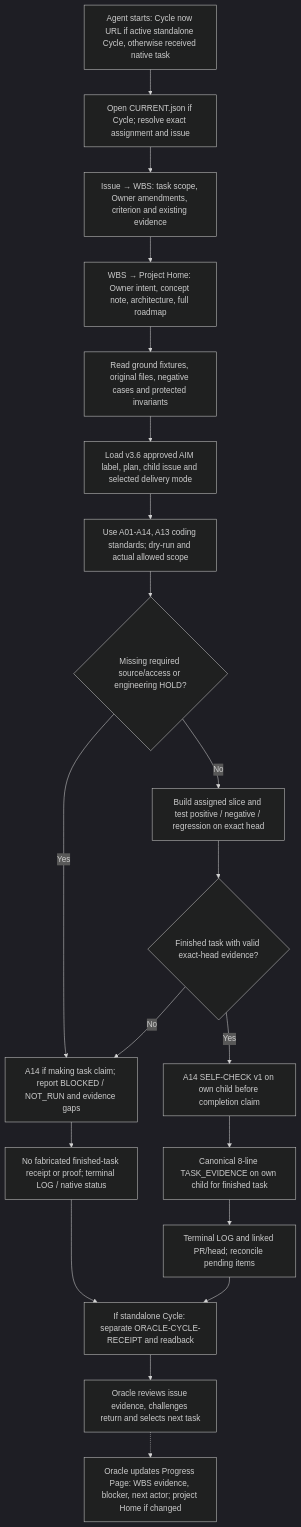
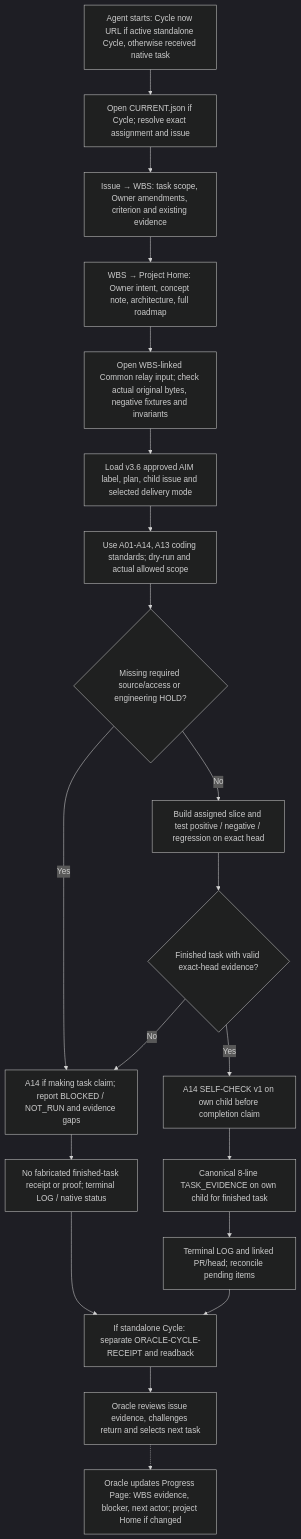
The third of 5 diagrams in skills/agent-work/ENTRY_PROCESS_MAPS.md (reallakshman19/Common), drawn with Mermaid (dark theme) before and after one commit. The commit also changed other lines of this file, not shown here.

Commit message:
docs(agent-work): navigation and Common relay-first Oracle-agent fixture custody in ENTRY_PROCESS_MAPS.md

````diff
--- a/skills/agent-work/ENTRY_PROCESS_MAPS.md
+++ b/skills/agent-work/ENTRY_PROCESS_MAPS.md
@@ -74,23 +90,23 @@
 ```mermaid
 flowchart TD
   C0["Agent starts: Cycle now URL if active standalone Cycle, otherwise received native task"]
   C0 --> C1["Open CURRENT.json if Cycle; resolve exact assignment and issue"]
   C1 --> C2["Issue → WBS: task scope, Owner amendments, criterion and existing evidence"]
   C2 --> C3["WBS → Project Home: Owner intent, concept note, architecture, full roadmap"]
-  C3 --> C4["Read ground fixtures, original files, negative cases and protected invariants"]
+  C3 --> C4["Open WBS-linked Common relay input; check actual original bytes, negative fixtures and invariants"]
   C4 --> C5["Load v3.6 approved AIM label, plan, child issue and selected delivery mode"]
   C5 --> C6["Use A01-A14, A13 coding standards; dry-run and actual allowed scope"]
   C6 --> CG{"Missing required source/access or engineering HOLD?"}
   CG -->|No| C7["Build assigned slice and test positive / negative / regression on exact head"]
   CG -->|Yes| CF["A14 if making task claim; report BLOCKED / NOT_RUN and evidence gaps"]
   C7 --> CE{"Finished task with valid exact-head evidence?"}
   CE -->|No| CF
   CE -->|Yes| C8["A14 SELF-CHECK v1 on own child before completion claim"]
   C8 --> C9["Canonical 8-line TASK_EVIDENCE on own child for finished task"]
   C9 --> C10["Terminal LOG and linked PR/head; reconcile pending items"]
   CF --> CX["No fabricated finished-task receipt or proof; terminal LOG / native status"]
   CX --> C11["If standalone Cycle: separate ORACLE-CYCLE-RECEIPT and readback"]
   C10 --> C11
   C11 --> C12["Oracle reviews issue evidence, challenges return and selects next task"]
   C12 -.-> CP["Oracle updates Progress Page: WBS evidence, blocker, next actor; project Home if changed"]
 ```
````
